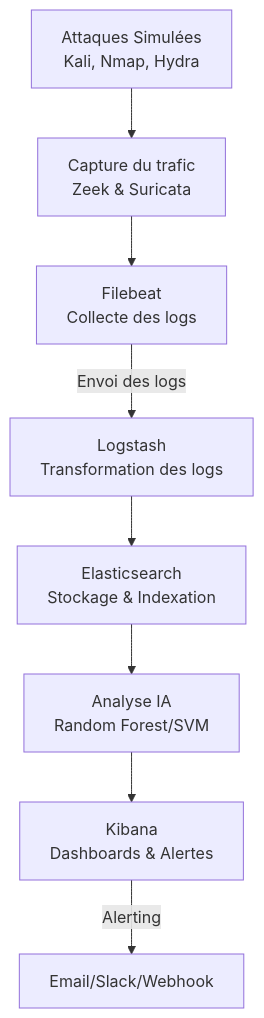
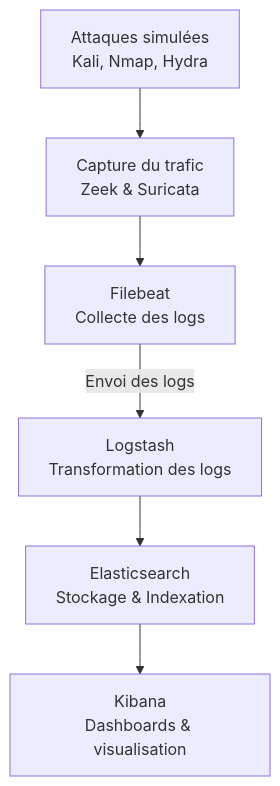
One commit to bilal-dotcom/blog changed the diagram in cmfoc9ncj000102lb0gfxcdrm.md. Above: the diagram before and after it, drawn with Mermaid. The commit also changed other lines of this file, not shown here.

Commit message:
update post: Mise en place d’un pipeline de détection d’intrusions avec Zeek, Suricata et ELK sur Google Cloud

````diff
--- a/cmfoc9ncj000102lb0gfxcdrm.md
+++ b/cmfoc9ncj000102lb0gfxcdrm.md
@@ -36,10 +43,8 @@
 ```mermaid
 graph TD
-    A[Attaques Simulées<br>Kali, Nmap, Hydra] --> B[Capture du trafic<br>Zeek & Suricata]
+    A[Attaques simulées<br>Kali, Nmap, Hydra] --> B[Capture du trafic<br>Zeek & Suricata]
     B --> C[Filebeat<br>Collecte des logs]
-    C --> |Envoi des logs| D[Logstash<br> Transformation des logs]
+    C --> |Envoi des logs| D[Logstash<br>Transformation des logs]
     D --> E[Elasticsearch<br>Stockage & Indexation]
-    E --> F[Analyse IA<br>Random Forest/SVM]
-    F --> G[Kibana<br>Dashboards & Alertes]
-    G -->|Alerting| H[Email/Slack/Webhook]
+    E --> F[Kibana<br>Dashboards & visualisation]
 ```
````
